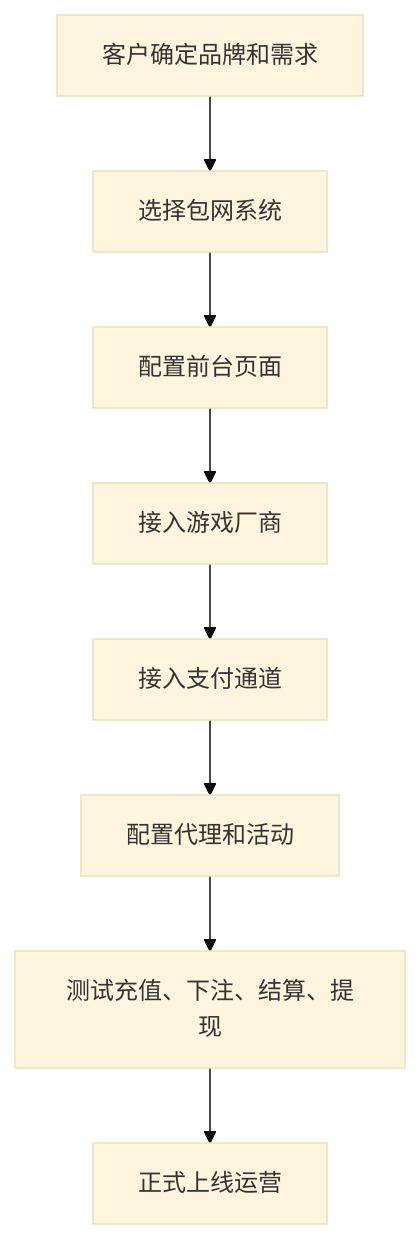
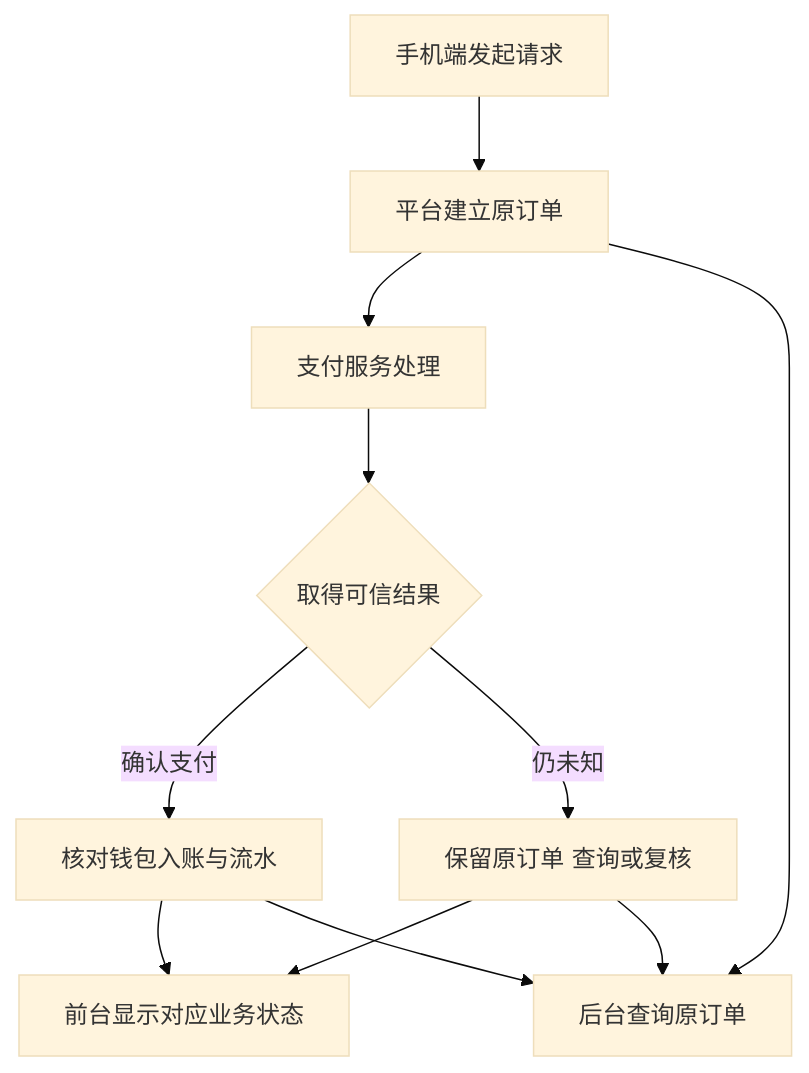
Before and after one commit to micjordan9527/game: the diagram in content/articles/what-is-white-label.md, drawn with Mermaid (base theme). The commit also changed other lines of this file and 20 other files, not shown here.

Commit message:
Add v23 platform responsibility guides and verified wallet model diagrams

````diff
--- a/content/articles/what-is-white-label.md
+++ b/content/articles/what-is-white-label.md
@@ -60,10 +60,13 @@
 ```mermaid
 flowchart TD
-  A[客户确定品牌和需求] --> B[选择包网系统]
-  B --> C[配置前台页面]
-  C --> D[接入游戏厂商]
-  D --> E[接入支付通道]
-  E --> F[配置代理和活动]
-  F --> G[测试充值、下注、结算、提现]
-  G --> H[正式上线运营]
+  A[手机端发起请求] --> B[平台建立原订单]
+  B --> C[支付服务处理]
+  C --> D{取得可信结果}
+  D -->|确认支付| E[核对钱包入账与流水]
+  D -->|仍未知| F[保留原订单 查询或复核]
+  E --> G[前台显示对应业务状态]
+  F --> G
+  B --> H[后台查询原订单]
+  E --> H
+  F --> H
 ```
````
